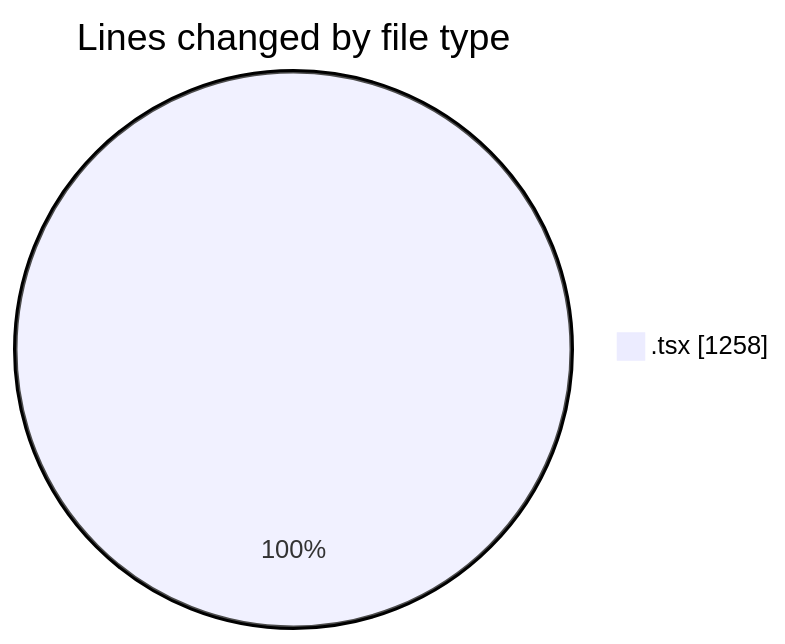
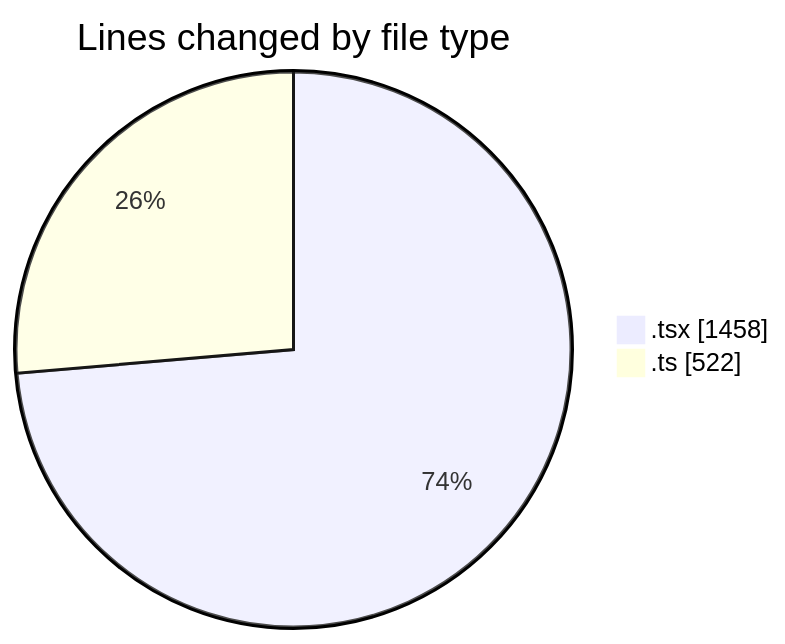
Before and after one commit to nxtqubesakshisongat/code-tracking: the first of 2 diagrams in 2026-04-03/nxtqube_webapp/README.md, drawn with Mermaid. The commit also changed other lines of this file and 1 other file, not shown here.

````diff
--- a/2026-04-03/nxtqube_webapp/README.md
+++ b/2026-04-03/nxtqube_webapp/README.md
@@ -20,5 +22,6 @@
 ```mermaid
 pie showData
 title Lines changed by file type
-".tsx" : 1258
+".tsx" : 1458
+".ts" : 522
 ```
````
